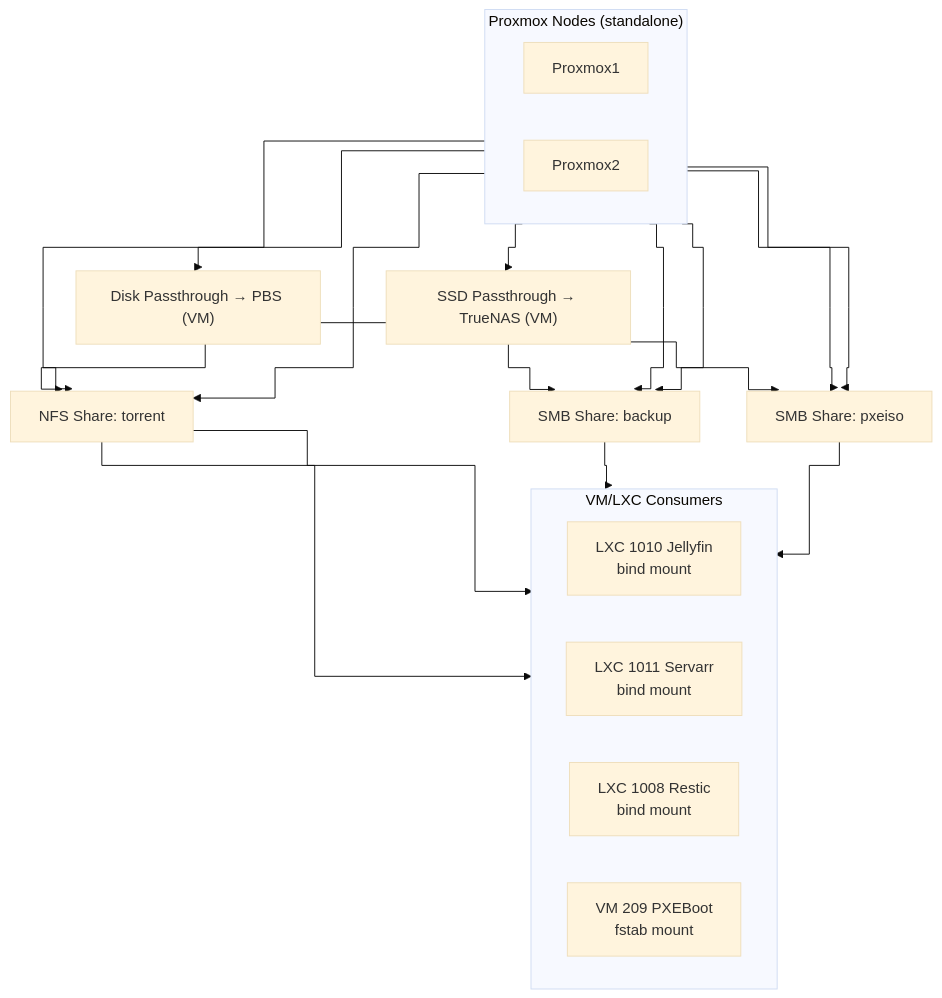
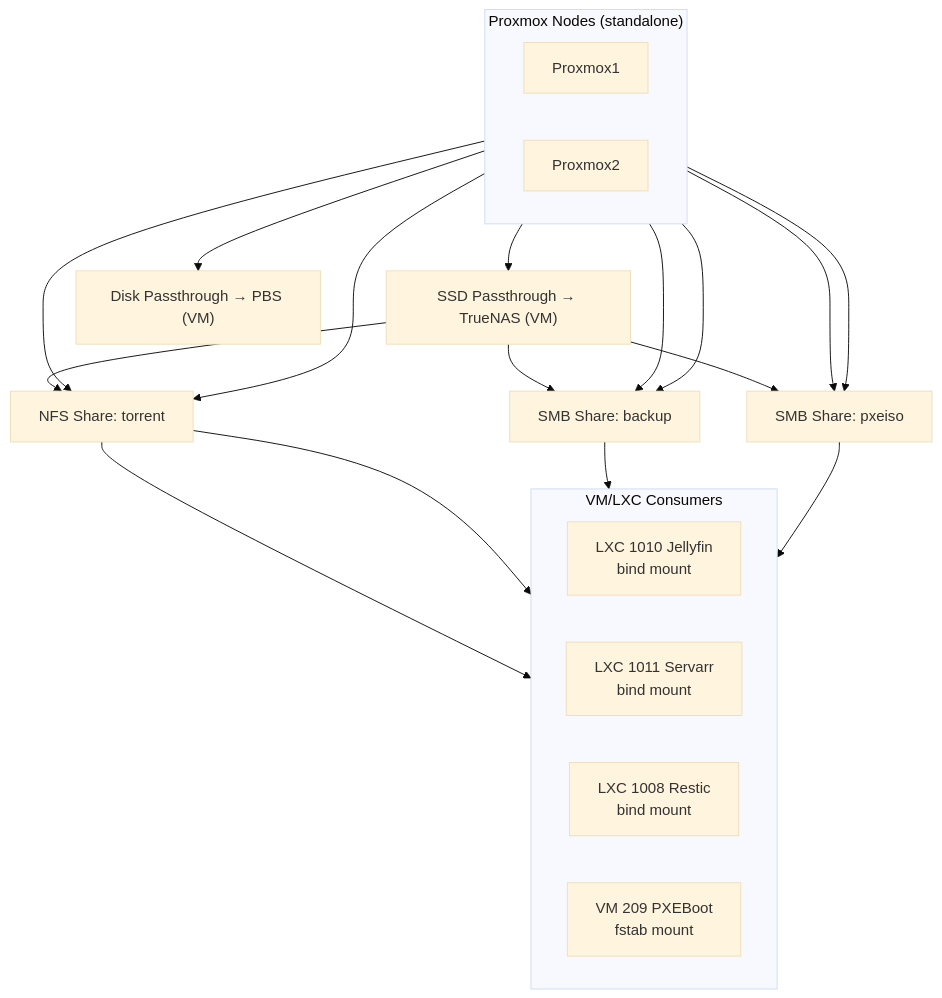
One commit to torokrolf/homelab changed the first of 2 diagrams in 13-Design_Decisions/README_HU.md. Above: the diagram before and after it, drawn with Mermaid (base theme). The commit also changed other lines of this file, not shown here.

````diff
--- a/13-Design_Decisions/README_HU.md
+++ b/13-Design_Decisions/README_HU.md
@@ -1,42 +3,49 @@
 ```mermaid
 flowchart TB
-    %% Orthogonal lines style
-    linkStyle default interpolate step
+    %% Smooth lines
+    linkStyle default interpolate basis
 
+    %% Top row: Proxmox nodes side by side
     subgraph PROXMOX["Proxmox Nodes (standalone)"]
         direction LR
         PVE1["Proxmox1"]
         PVE2["Proxmox2"]
     end
 
+    %% Passthrough disks going directly to VMs (middle layer)
     SSD_TRUENAS["SSD Passthrough → TrueNAS (VM)"]
     SSD_PBS["Disk Passthrough → PBS (VM)"]
 
+    %% Passthrough connections (PVE2 only)
     PVE2 --> SSD_TRUENAS
     PVE2 --> SSD_PBS
 
+    %% TrueNAS storage exports
     SSD_TRUENAS --> NFS["NFS Share: torrent"]
     SSD_TRUENAS --> SMB1["SMB Share: backup"]
     SSD_TRUENAS --> SMB2["SMB Share: pxeiso"]
 
+    %% Both Proxmox nodes mount the shares
     PVE1 --> NFS
     PVE1 --> SMB1
     PVE1 --> SMB2
 
     PVE2 --> NFS
     PVE2 --> SMB1
     PVE2 --> SMB2
 
+    %% Consumers (bottom row)
     subgraph CONSUMERS["VM/LXC Consumers"]
         direction LR
         JELLY["LXC 1010 Jellyfin\nbind mount"]
         SERVARR["LXC 1011 Servarr\nbind mount"]
         RESTIC["LXC 1008 Restic\nbind mount"]
         PXEVM["VM 209 PXEBoot\nfstab mount"]
     end
 
+    %% Storage → Consumers connections
     NFS --> JELLY
     NFS --> SERVARR
     SMB1 --> RESTIC
     SMB2 --> PXEVM
 ```
````
